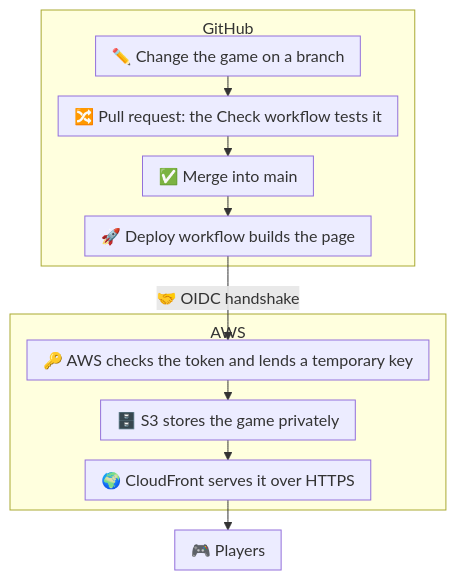
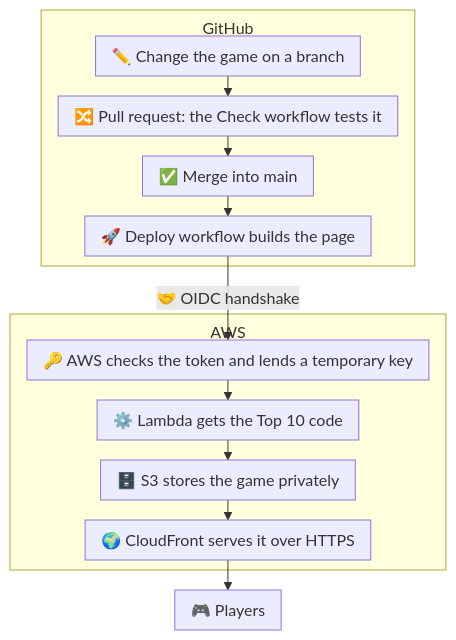
One commit to ok-kewei/cinderella-maze changed the first of 2 diagrams in README.md. Above: the diagram before and after it, drawn with Mermaid. The commit also changed other lines of this file and 14 other files, not shown here.

First line of the commit message:
Shared Top 10 on AWS: API Gateway, Lambda and DynamoDB behind CloudFront

````diff
--- a/README.md
+++ b/README.md
@@ -28,15 +30,16 @@
 ```mermaid
 %%{init: {"flowchart": {"wrappingWidth": 500, "nodeSpacing": 14, "rankSpacing": 20, "padding": 8, "subGraphTitleMargin": {"top": 6, "bottom": 10}}}}%%
 flowchart TD
   subgraph GH["GitHub"]
     A["✏️ Change the game on a branch"] --> B["🔀 Pull request: the Check workflow tests it"]
     B --> C["✅ Merge into main"]
     C --> D["🚀 Deploy workflow builds the page"]
   end
   subgraph AWS["AWS"]
-    E["🔑 AWS checks the token and lends a temporary key"] --> F["🗄️ S3 stores the game privately"]
+    E["🔑 AWS checks the token and lends a temporary key"] --> L["⚙️ Lambda gets the Top 10 code"]
+    L --> F["🗄️ S3 stores the game privately"]
     F --> G["🌍 CloudFront serves it over HTTPS"]
   end
   D -- "🤝 OIDC handshake" ---> E
   G --> H["🎮 Players"]
 ```
````
